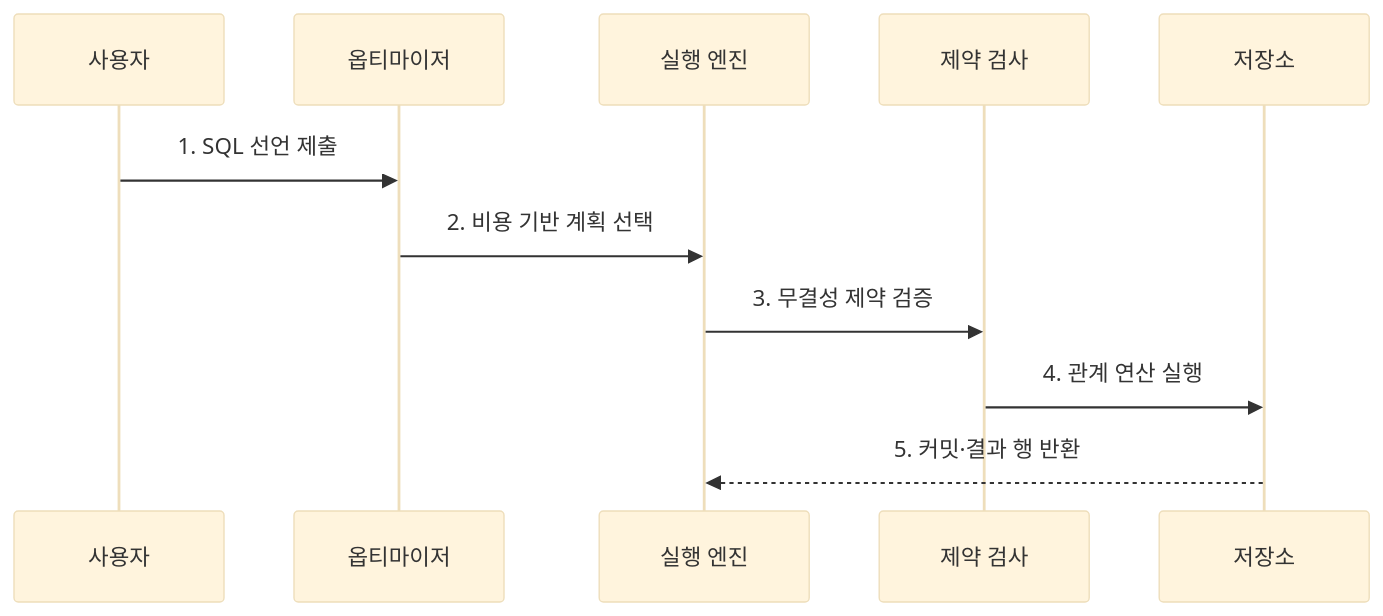
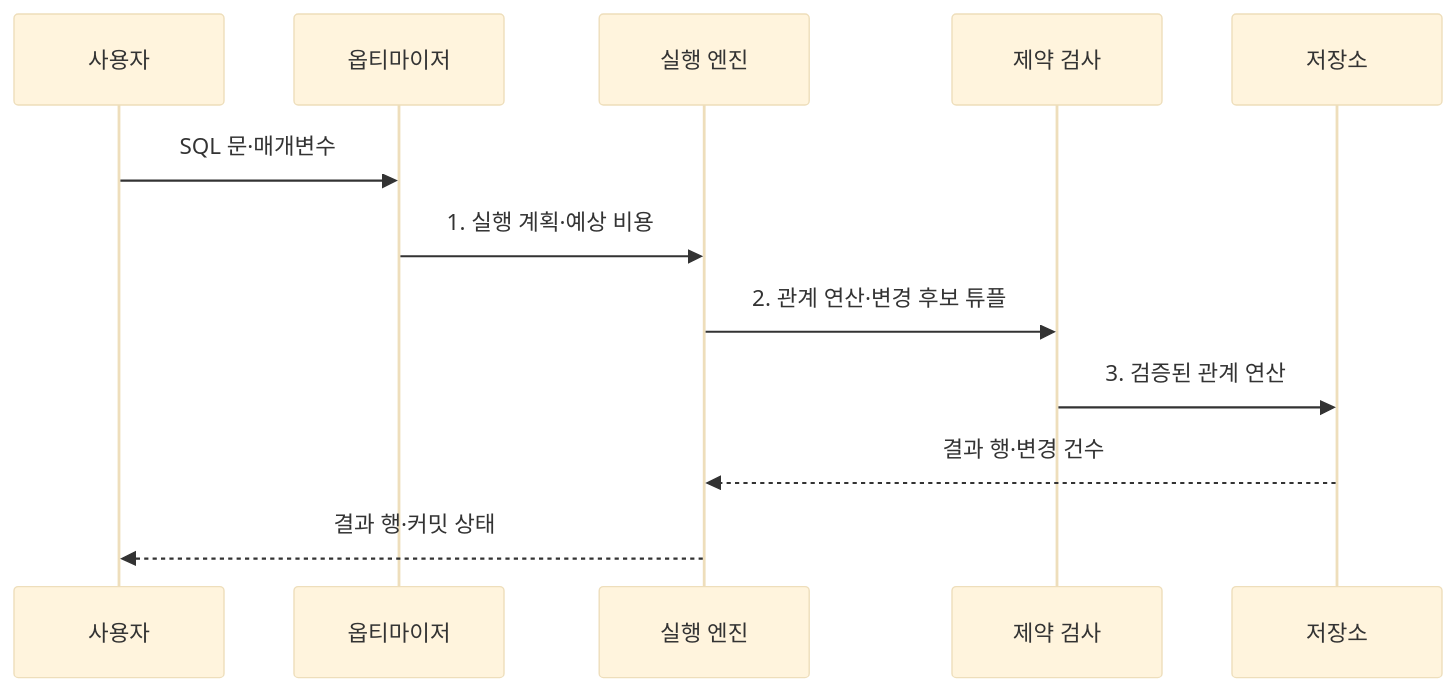
One commit to agnusdei1207/knowledge-base changed the second of 2 diagrams in src/content/docs/notes/03-software/084_relational_database.md. Above: the diagram before and after it, drawn with Mermaid (base theme). The commit also changed other lines of this file and 20 other files, not shown here.

````diff
--- a/src/content/docs/notes/03-software/084_relational_database.md
+++ b/src/content/docs/notes/03-software/084_relational_database.md
@@ -85,13 +93,14 @@
 ```mermaid
 sequenceDiagram
     participant U as 사용자
     participant O as 옵티마이저
     participant E as 실행 엔진
     participant C as 제약 검사
     participant S as 저장소
-    U->>O: 1. SQL 선언 제출
-    O->>E: 2. 비용 기반 계획 선택
-    E->>C: 3. 무결성 제약 검증
-    C->>S: 4. 관계 연산 실행
-    S-->>E: 5. 커밋·결과 행 반환
+    U->>O: SQL 문·매개변수
+    O->>E: 1. 실행 계획·예상 비용
+    E->>C: 2. 관계 연산·변경 후보 튜플
+    C->>S: 3. 검증된 관계 연산
+    S-->>E: 결과 행·변경 건수
+    E-->>U: 결과 행·커밋 상태
 ```
````
